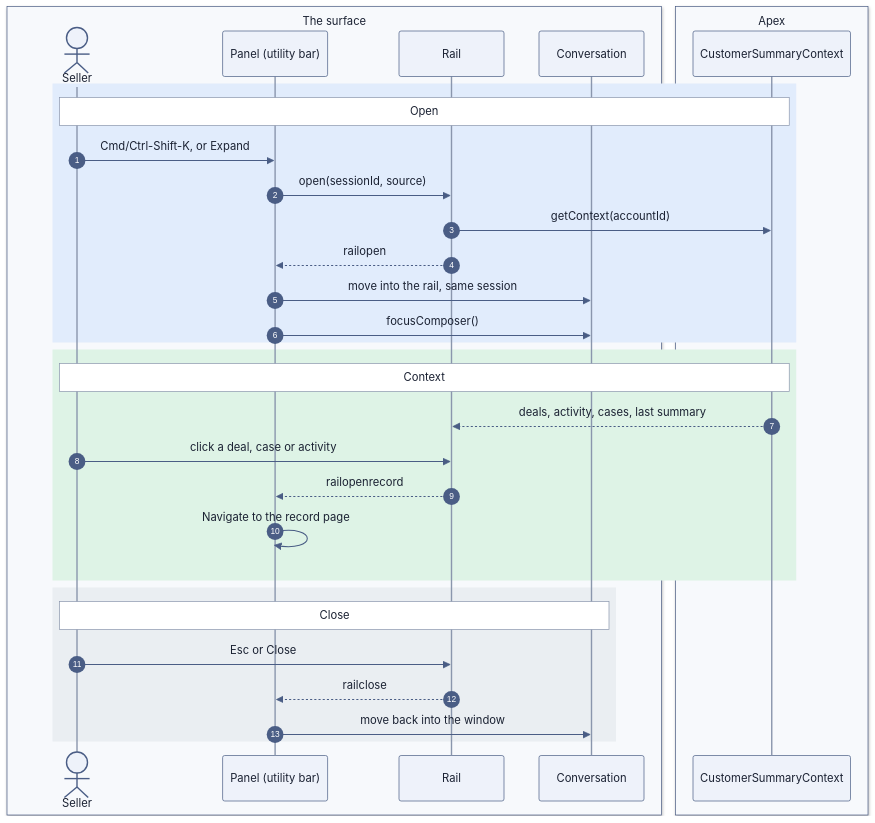
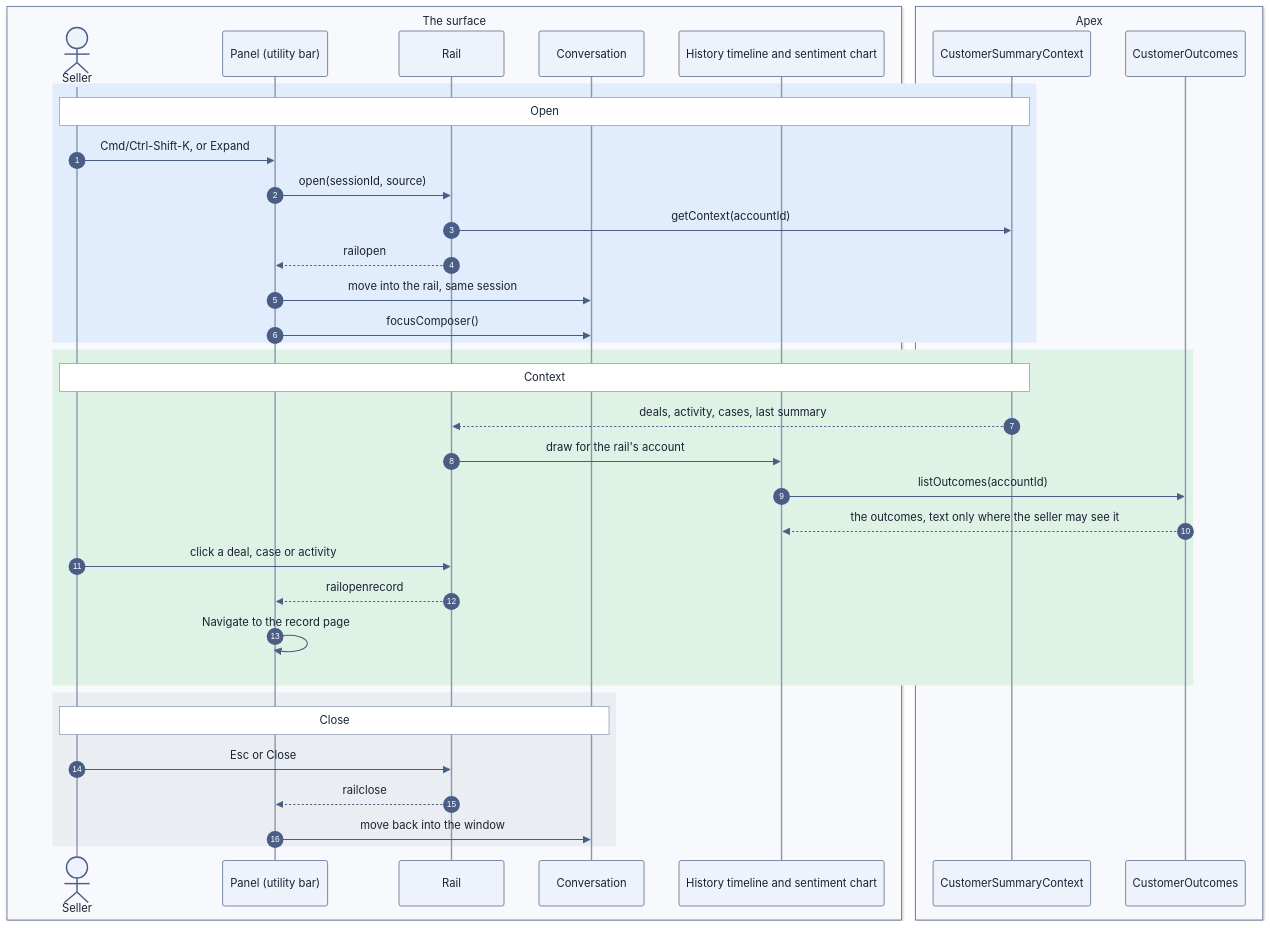
One commit to nelsben/generic-agent changed the diagram in docs/patterns/12-right-rail.md. Above: the diagram before and after it, drawn with Mermaid. The commit also changed other lines of this file and 16 other files, not shown here.

````diff
--- a/docs/patterns/12-right-rail.md
+++ b/docs/patterns/12-right-rail.md
@@ -29,36 +34,41 @@
 ```mermaid
 %%{init: {"theme": "base", "themeVariables": {"fontFamily": "-apple-system, BlinkMacSystemFont, Segoe UI, Helvetica, Arial, sans-serif", "fontSize": "15px", "primaryColor": "#EEF2FA", "primaryBorderColor": "#4A5D85", "primaryTextColor": "#1B2233", "secondaryColor": "#F4F6F9", "tertiaryColor": "#FFFFFF", "lineColor": "#4A5D85", "textColor": "#1B2233", "actorBkg": "#EEF2FA", "actorBorder": "#4A5D85", "actorTextColor": "#1B2233", "actorLineColor": "#8A96AD", "signalColor": "#4A5D85", "signalTextColor": "#1B2233", "labelBoxBkgColor": "#FFFFFF", "labelBoxBorderColor": "#4A5D85", "labelTextColor": "#1B2233", "loopTextColor": "#1B2233", "noteBkgColor": "#FFFFFF", "noteBorderColor": "#8A96AD", "noteTextColor": "#1B2233", "sequenceNumberColor": "#FFFFFF", "activationBkgColor": "#DDE4F2", "activationBorderColor": "#4A5D85", "clusterBkg": "#F7F9FC", "clusterBorder": "#8A96AD", "edgeLabelBackground": "#FFFFFF"}}}%%
 sequenceDiagram
     autonumber
     box rgb(247, 249, 252) The surface
         actor U as Seller
         participant P as Panel (utility bar)
         participant R as Rail
         participant C as Conversation
+        participant H as History timeline and sentiment chart
     end
     box rgb(247, 249, 252) Apex
         participant A as CustomerSummaryContext
+        participant O as CustomerOutcomes
     end
     rect rgb(225, 236, 252)
         Note over U,A: Open
         U->>P: Cmd/Ctrl-Shift-K, or Expand
         P->>R: open(sessionId, source)
         R->>A: getContext(accountId)
         R-->>P: railopen
         P->>C: move into the rail, same session
         P->>C: focusComposer()
     end
     rect rgb(222, 243, 230)
         Note over U,A: Context
         A-->>R: deals, activity, cases, last summary
+        R->>H: draw for the rail's account
+        H->>O: listOutcomes(accountId)
+        O-->>H: the outcomes, text only where the seller may see it
         U->>R: click a deal, case or activity
         R-->>P: railopenrecord
         P->>P: Navigate to the record page
     end
     rect rgb(234, 238, 242)
         Note over U,C: Close
         U->>R: Esc or Close
         R-->>P: railclose
         P->>C: move back into the window
     end
 ```
````
